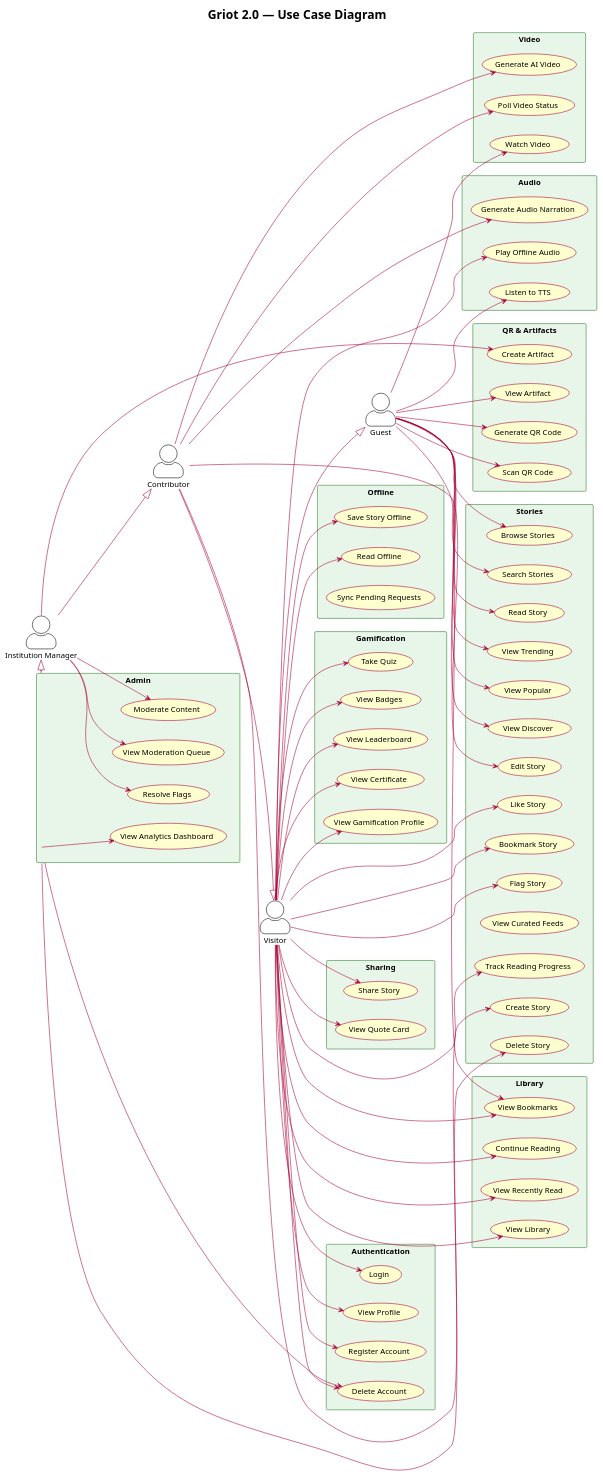
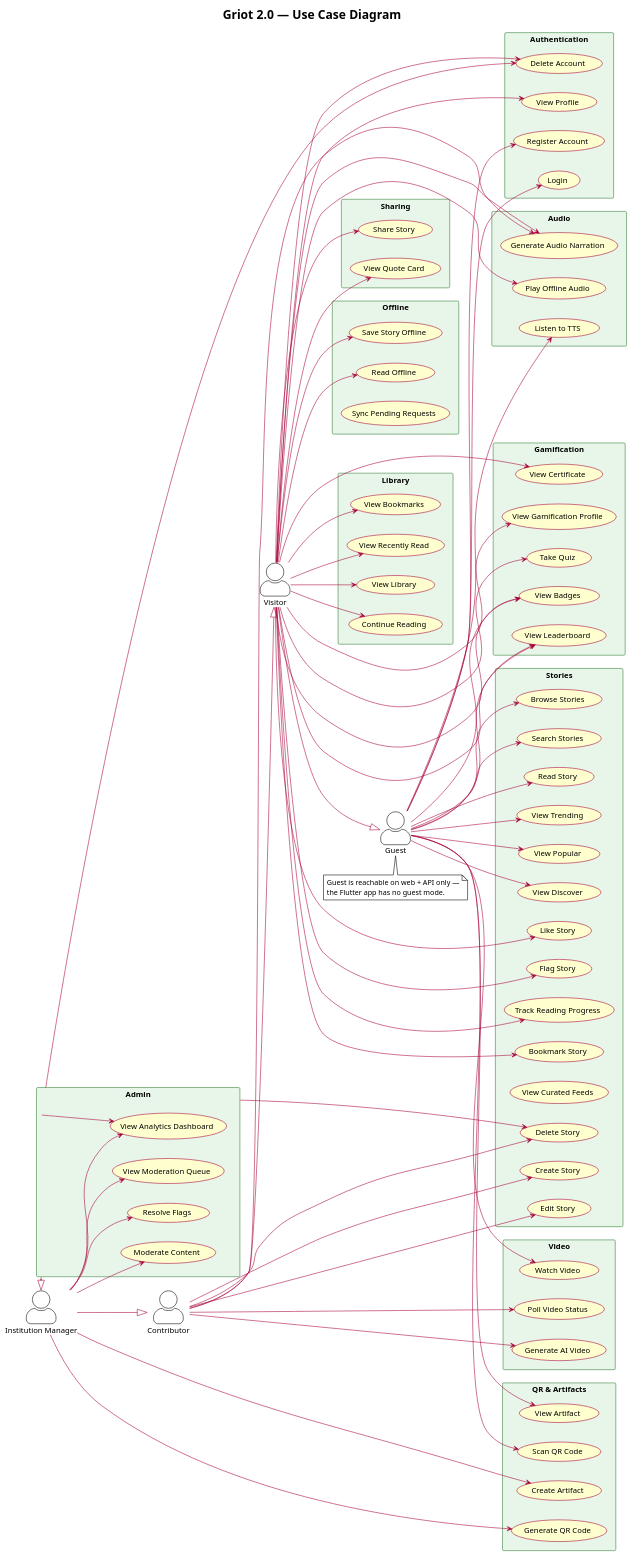
The diagram in docs/diagrams/plantuml/01-use-case-diagram.puml (fabiljayson/Griot-2.0), drawn with PlantUML before and after one commit. The commit also changed 58 other files, not shown here.

```diff
--- a/docs/diagrams/plantuml/01-use-case-diagram.puml
+++ b/docs/diagrams/plantuml/01-use-case-diagram.puml
@@ -115,24 +115,28 @@
   usecase "Sync Pending Requests" as UC_SYNC
 }
 
-' ─── Guest Associations ────────────────────────────────
+' ─── Guest Associations (unauthenticated) ──────────────
+' Verified: trending/popular/discover and badges are AllowAny in the API.
+' NOT listed: UC_VIEW_BM (bookmarks are per-user) and UC_GEN_QR (a
+' Manager/Admin action, now enforced as one).
+Guest --> UC_REG
+Guest --> UC_LOGIN
 Guest --> UC_BROWSE
 Guest --> UC_SEARCH
 Guest --> UC_READ
-Guest --> UC_VIEW_BM
-Guest --> UC_GEN_QR
 Guest --> UC_SCAN
 Guest --> UC_ARTIFACT
 Guest --> UC_TTS
 Guest --> UC_WATCH
+Guest --> UC_BADGES
+Guest --> UC_LEADER
 Guest --> UC_TRENDING
 Guest --> UC_POPULAR
 Guest --> UC_DISCOVER
 
 ' ─── Visitor Associations ──────────────────────────────
-Visitor --> UC_REG
-Visitor --> UC_LOGIN
 Visitor --> UC_PROFILE
+Visitor --> UC_GEN_TTS
 Visitor --> UC_BOOKMARK
 Visitor --> UC_LIKE
 Visitor --> UC_FLAG
@@ -156,19 +160,42 @@
 ' ─── Contributor Associations ──────────────────────────
 Contributor --> UC_CREATE_STORY
 Contributor --> UC_EDIT_STORY
+Contributor --> UC_DEL_STORY
 Contributor --> UC_GEN_TTS
 Contributor --> UC_GEN_VIDEO
 Contributor --> UC_POLL_VIDEO
 
 ' ─── Institution Manager Associations ──────────────────
 InstitutionManager --> UC_CREATE_ART
+InstitutionManager --> UC_GEN_QR
 InstitutionManager --> UC_MODERATE
 InstitutionManager --> UC_MOD_QUEUE
 InstitutionManager --> UC_RESOLVE
+InstitutionManager --> UC_ANALYTICS
 
 ' ─── Admin Associations ────────────────────────────────
 Admin --> UC_DEL_STORY
 Admin --> UC_ANALYTICS
 Admin --> UC_DEL_ACC
 
+' ─── Divergences from original intent (reconciled 2026-09-22) ──
+' Delete Story        : the author may delete their own; Manager/Admin any.
+' Generate TTS        : any authenticated user for a PUBLISHED story.
+' Browse Quizzes /
+' View Leaderboard    : public (IsAuthenticatedOrReadOnly / AllowAny).
+' Share Story         : authenticated on both clients, though documented "All".
+' View Analytics      : implemented gate is IsAdminOrManager (wider than Admin).
+' Generate QR Code    : FIXED 2026-09-22 — previously fell through to AllowAny,
+'                       letting an anonymous POST persist qr_code_svg.
+' OPEN  co_authors     : declared on Story but read by no authorization check.
+' GAP   Guest actor    : AuthWrapper requires auth, so no guest mode in Flutter.
+' GAP   publication    : pending -> published happens only in the Django admin.
+' GAP   mobile         : no leaderboard, certificate, artifact-authoring,
+'                       artifact audio-guide or video-playback UI.
+
+note bottom of Guest
+  Guest is reachable on web + API only —
+  the Flutter app has no guest mode.
+end note
+
 @enduml
```
